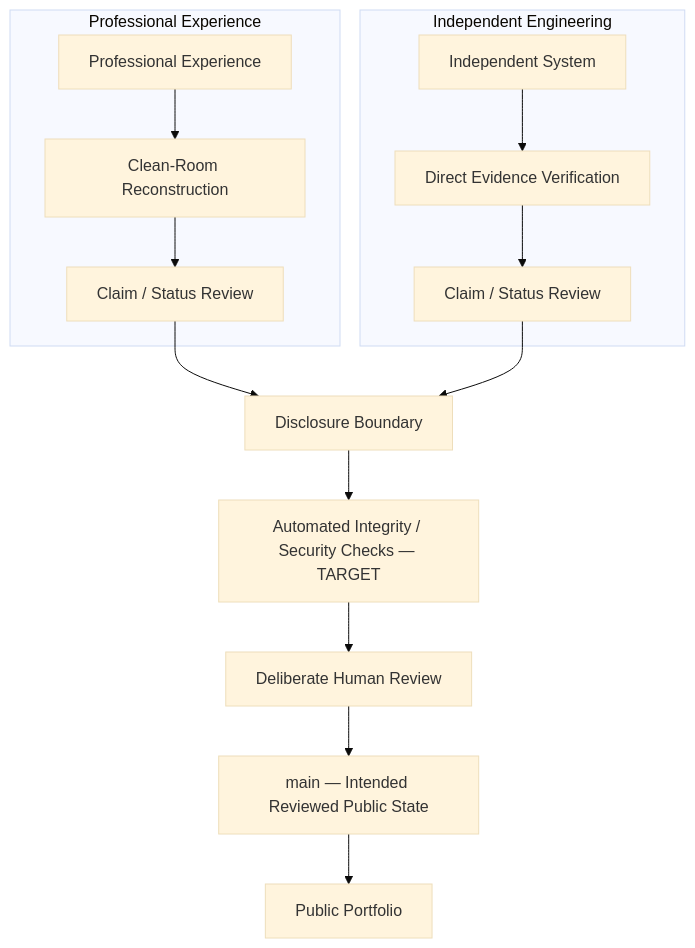
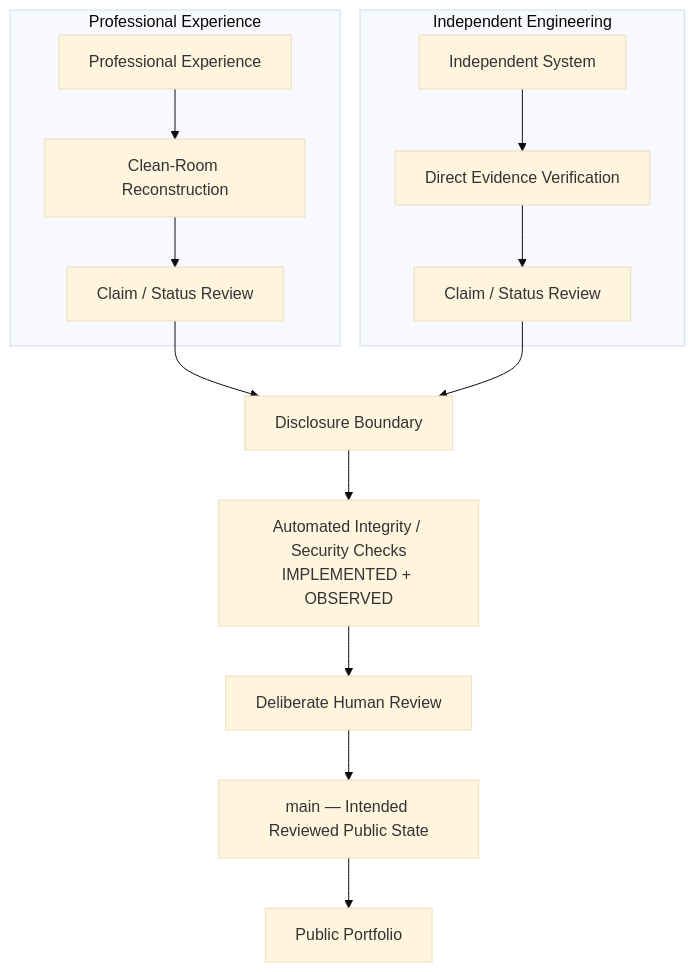
The diagram in ARCHITECTURE.md (rmcbroom/security-engineering-portfolio), drawn with Mermaid (base theme) before and after one commit. The commit also changed other lines of this file, not shown here.

Commit message:
Record observed portfolio validation control

````diff
--- a/ARCHITECTURE.md
+++ b/ARCHITECTURE.md
@@ -26,19 +26,19 @@
 ```mermaid
 flowchart TB
     subgraph ProfessionalPath[Professional Experience]
         Professional[Professional Experience] --> CleanRoom[Clean-Room Reconstruction]
         CleanRoom --> ProfessionalReview[Claim / Status Review]
     end
 
     subgraph IndependentPath[Independent Engineering]
         Independent[Independent System] --> Verification[Direct Evidence Verification]
         Verification --> IndependentReview[Claim / Status Review]
     end
 
     ProfessionalReview --> Disclosure[Disclosure Boundary]
     IndependentReview --> Disclosure
-    Disclosure --> Checks[Automated Integrity / Security Checks — TARGET]
+    Disclosure --> Checks["Automated Integrity / Security Checks<br/>IMPLEMENTED + OBSERVED"]
     Checks --> Human[Deliberate Human Review]
     Human --> Main[main — Intended Reviewed Public State]
     Main --> Public[Public Portfolio]
 ```
````
